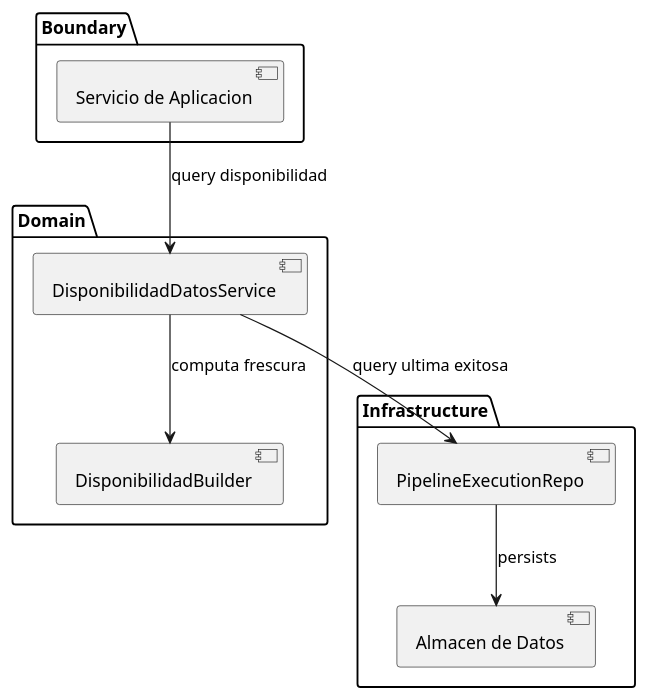
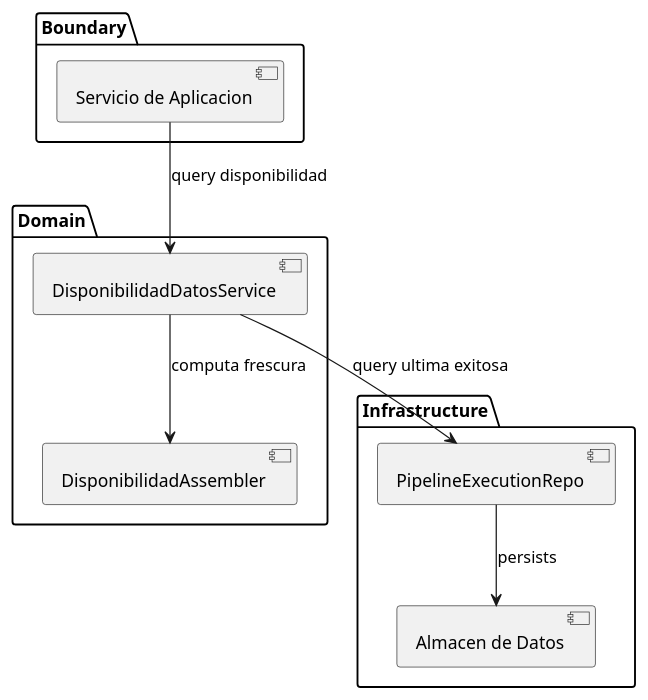
The diagram in source/requisitos/casos-uso/pipeline/uc-pip-03/diagramas-uml/diagrama-de-componentes.rst (jcg-admin/IACT-docs), drawn with PlantUML before and after one commit. The commit also changed 12 other files, not shown here.

First line of the commit message:
Rename non-fluent Builder classes to Assembler (WP-E 7-11/13)

```diff
--- a/source/requisitos/casos-uso/pipeline/uc-pip-03/diagramas-uml/diagrama-de-componentes.rst
+++ b/source/requisitos/casos-uso/pipeline/uc-pip-03/diagramas-uml/diagrama-de-componentes.rst
@@ -6,26 +6,26 @@
 .. uml::
  :caption: UC_PIP_03 — componentes involucrados, agrupados
            por capa (Boundary / Domain / Infrastructure).
 
  @startuml
 
  package "Boundary" {
    component "Servicio de Aplicacion" as SA
  }
 
  package "Domain" {
    component "DisponibilidadDatosService" as DisponibilidadDatosService
-   component "DisponibilidadBuilder" as DisponibilidadBuilder
+   component "DisponibilidadAssembler" as DisponibilidadAssembler
  }
 
  package "Infrastructure" {
    component "PipelineExecutionRepo" as PipelineExecutionRepo
    component "Almacen de Datos" as AlmacenDatos
  }
 
  SA --> DisponibilidadDatosService : query disponibilidad
  DisponibilidadDatosService --> PipelineExecutionRepo : query ultima exitosa
- DisponibilidadDatosService --> DisponibilidadBuilder : computa frescura
+ DisponibilidadDatosService --> DisponibilidadAssembler : computa frescura
  PipelineExecutionRepo --> AlmacenDatos : persists
 
  @enduml
```
